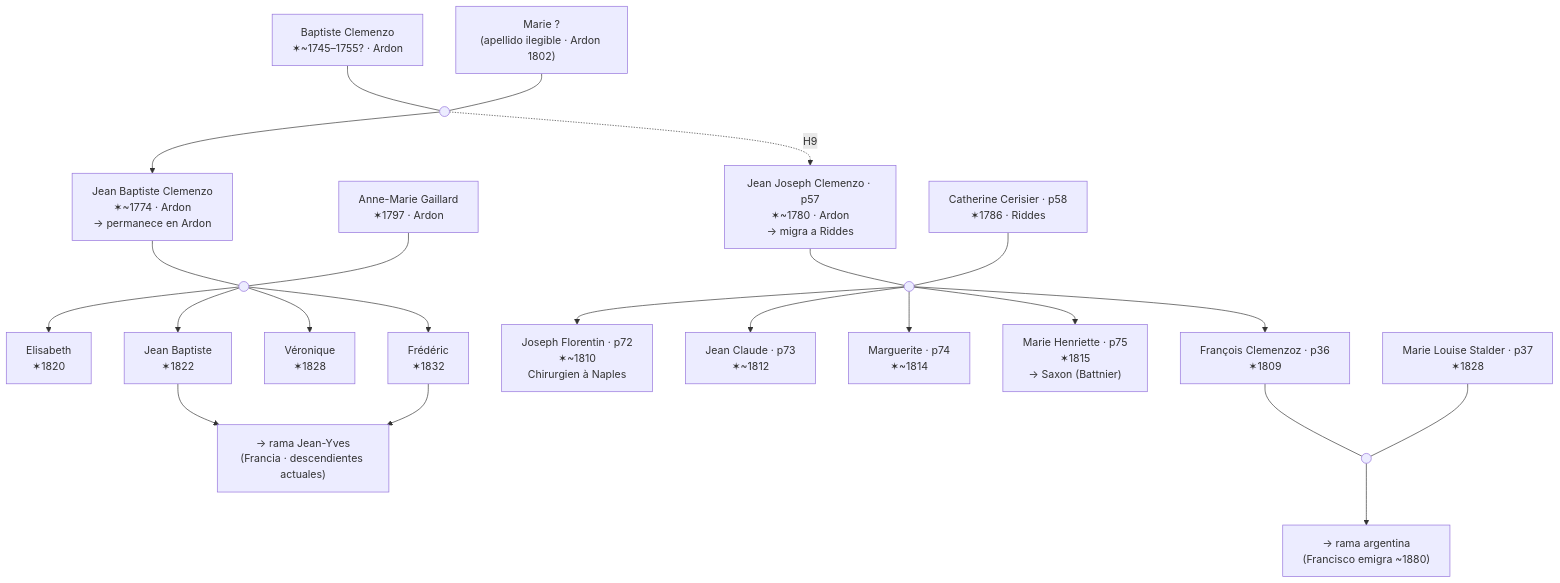
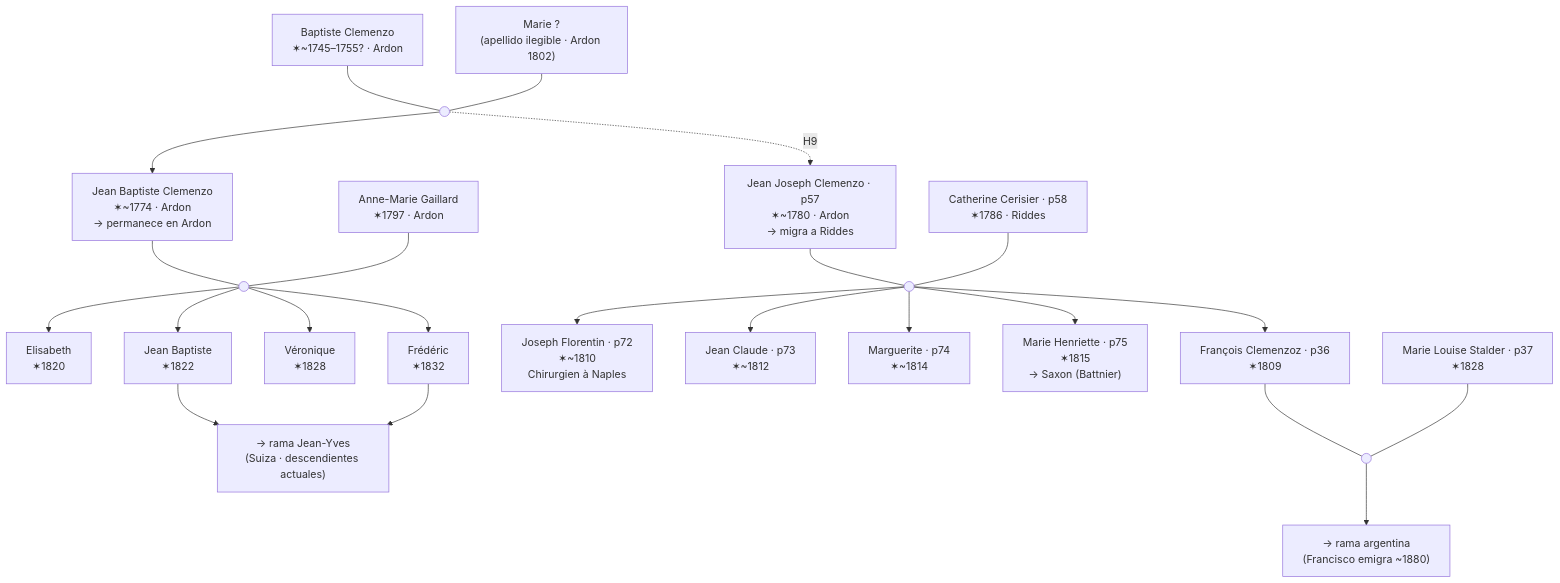
One commit to cmzo/web-genealogia changed the second of 2 diagrams in content/posts/clan-clemenzo.md. Above: the diagram before and after it, drawn with Mermaid. The commit also changed other lines of this file and 2 other files, not shown here.

````diff
--- a/content/posts/clan-clemenzo.md
+++ b/content/posts/clan-clemenzo.md
@@ -614,56 +614,56 @@
 ```mermaid
 flowchart TD
     BAP["Baptiste Clemenzo\n✶~1745–1755? · Ardon"]
     MUNK["Marie ?\n(apellido ilegible · Ardon 1802)"]
     m1(( ))
 
     JBC["Jean Baptiste Clemenzo\n✶~1774 · Ardon\n→ permanece en Ardon"]
     JJ["Jean Joseph Clemenzo · p57\n✶~1780 · Ardon\n→ migra a Riddes"]
 
     AGG["Anne-Marie Gaillard\n✶1797 · Ardon"]
     CC["Catherine Cerisier · p58\n✶1786 · Riddes"]
 
     m2(( ))
     m3(( ))
 
     ELI["Elisabeth\n✶1820"]
     JYB["Jean Baptiste\n✶1822"]
     VER["Véronique\n✶1828"]
     FRD["Frédéric\n✶1832"]
-    JY["→ rama Jean-Yves\n(Francia · descendientes actuales)"]
+    JY["→ rama Jean-Yves\n(Suiza · descendientes actuales)"]
 
     JF["Joseph Florentin · p72\n✶~1810\nChirurgien à Naples"]
     JCL["Jean Claude · p73\n✶~1812"]
     MAR["Marguerite · p74\n✶~1814"]
     MH["Marie Henriette · p75\n✶1815\n→ Saxon (Battnier)"]
     FR["François Clemenzoz · p36\n✶1809"]
 
     MLS["Marie Louise Stalder · p37\n✶1828"]
     m5(( ))
 
     BAP --- m1
     MUNK --- m1
     m1 --> JBC
     m1 -.->|"H9"| JJ
 
     JBC --- m2
     AGG --- m2
     m2 --> ELI
     m2 --> JYB
     m2 --> VER
     m2 --> FRD
     JYB --> JY
     FRD --> JY
 
     JJ --- m3
     CC --- m3
     m3 --> JF
     m3 --> JCL
     m3 --> MAR
     m3 --> MH
     m3 --> FR
 
     FR --- m5
     MLS --- m5
     m5 --> ARG["→ rama argentina\n(Francisco emigra ~1880)"]
 ```
````
